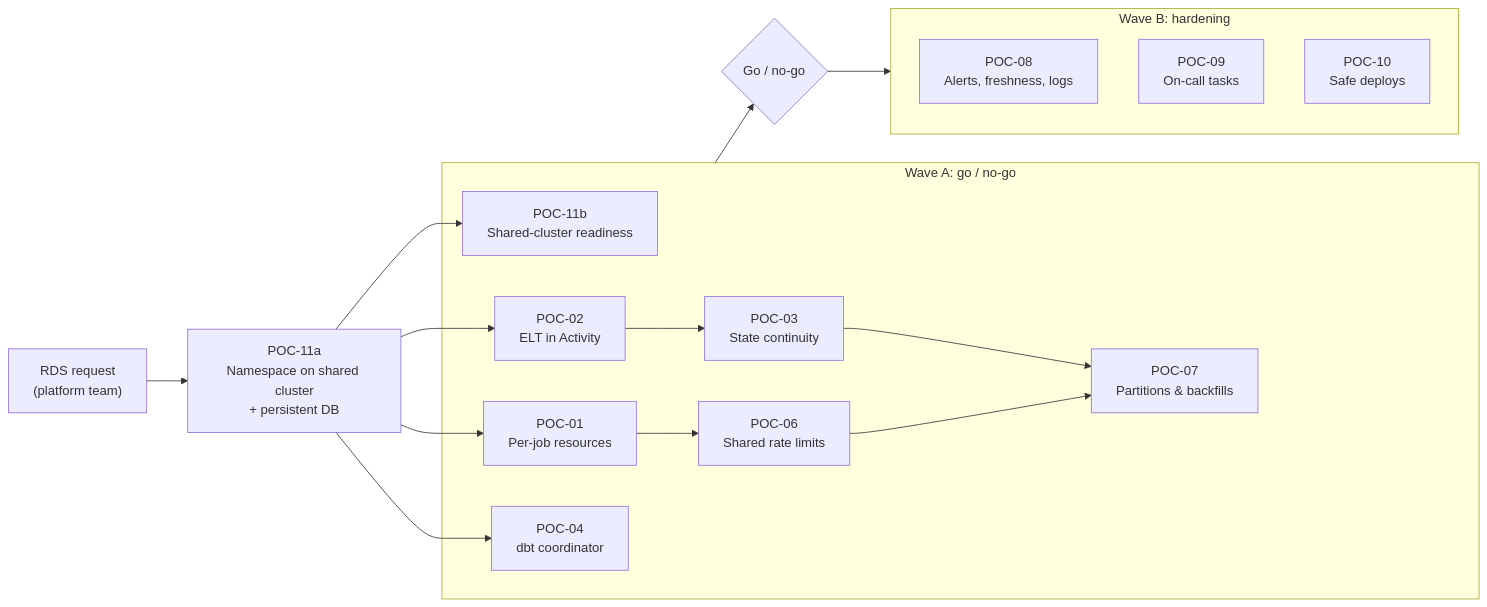
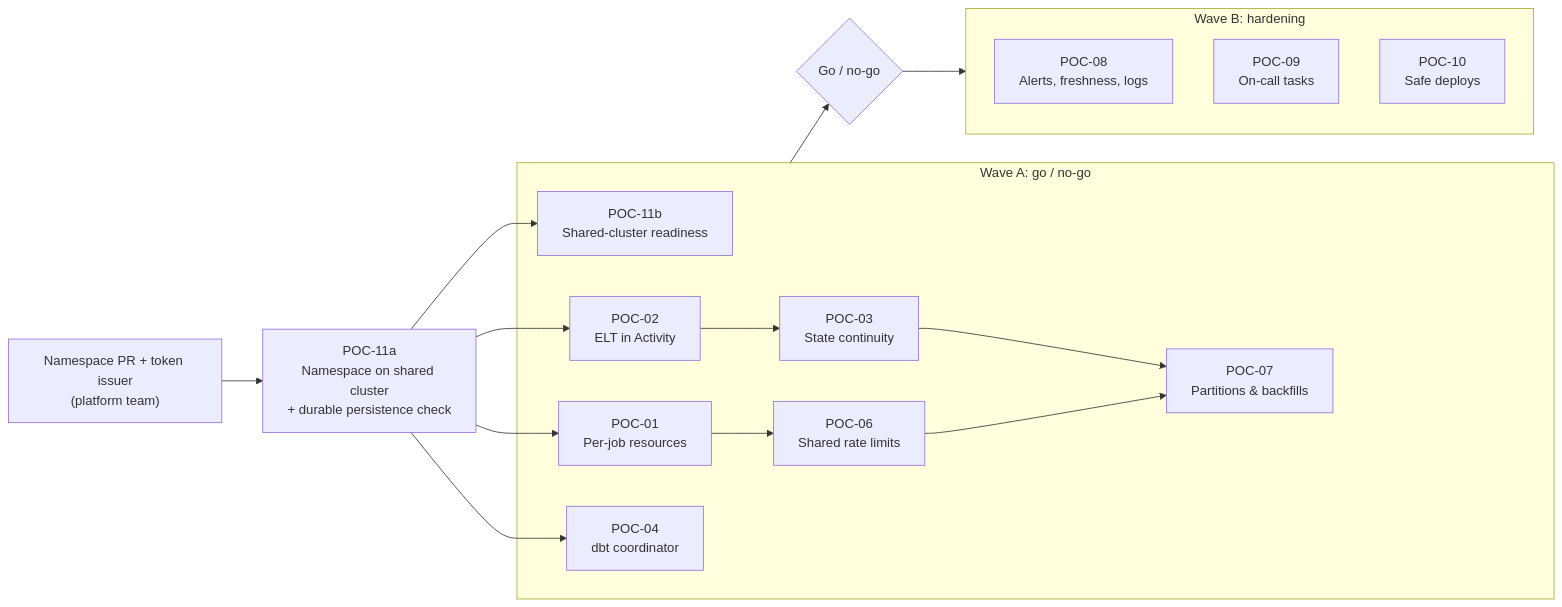
Before and after one commit to infroid/temporal-vs-dagster: the diagram in migration/04-poc-plan.md, drawn with Mermaid. The commit also changed other lines of this file and 6 other files, not shown here.

First line of the commit message:
Fold shared-cluster facts and F1-F8 answers into plan

````diff
--- a/migration/04-poc-plan.md
+++ b/migration/04-poc-plan.md
@@ -13,28 +14,28 @@
 ```mermaid
 flowchart LR
-  RDS["RDS request<br/>(platform team)"] --> P11a["POC-11a<br/>Namespace on shared cluster<br/>+ persistent DB"]
+  NSPR["Namespace PR + token issuer<br/>(platform team)"] --> P11a["POC-11a<br/>Namespace on shared cluster<br/>+ durable persistence check"]
   subgraph A["Wave A: go / no-go"]
     P11b["POC-11b<br/>Shared-cluster readiness"]
     P01["POC-01<br/>Per-job resources"]
     P02["POC-02<br/>ELT in Activity"]
     P03["POC-03<br/>State continuity"]
     P04["POC-04<br/>dbt coordinator"]
     P06["POC-06<br/>Shared rate limits"]
     P07["POC-07<br/>Partitions & backfills"]
   end
   P11a --> P11b
   P11a --> P01
   P11a --> P02
   P11a --> P04
   P02 --> P03
   P03 --> P07
   P01 --> P06
   P06 --> P07
   A --> GATE{"Go / no-go"}
   subgraph B["Wave B: hardening"]
     P08["POC-08<br/>Alerts, freshness, logs"]
     P09["POC-09<br/>On-call tasks"]
     P10["POC-10<br/>Safe deploys"]
   end
   GATE --> B
 ```
````
